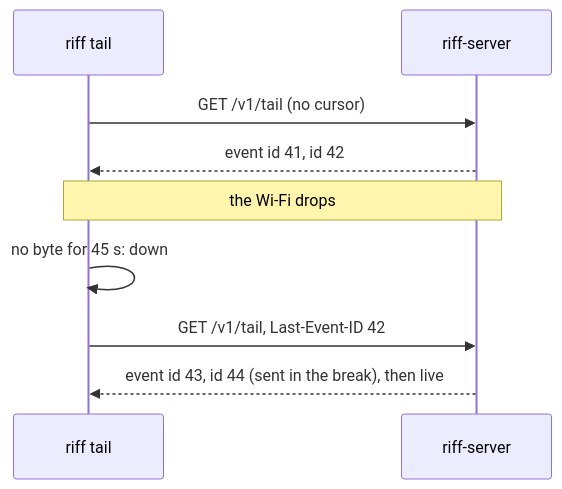
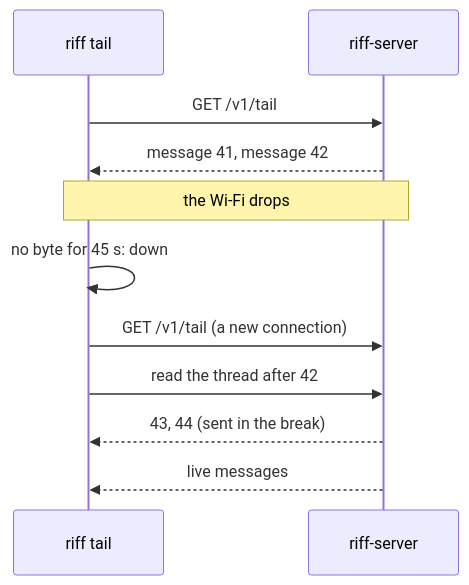
One commit to como-technologies/riff changed the fourth of 5 diagrams in docs/src/design-link.md. Above: the diagram before and after it, drawn with Mermaid. The commit also changed other lines of this file and 1 other file, not shown here.

Commit message:
WIP: the link design after the reviews

````diff
--- a/docs/src/design-link.md
+++ b/docs/src/design-link.md
@@ -262,11 +264,13 @@
 ```mermaid
 sequenceDiagram
     participant T as riff tail
     participant S as riff-server
-    T->>S: GET /v1/tail (no cursor)
-    S-->>T: event id 41, id 42
+    T->>S: GET /v1/tail
+    S-->>T: message 41, message 42
     Note over T,S: the Wi-Fi drops
     T->>T: no byte for 45 s: down
-    T->>S: GET /v1/tail, Last-Event-ID 42
-    S-->>T: event id 43, id 44 (sent in the break), then live
+    T->>S: GET /v1/tail (a new connection)
+    T->>S: read the thread after 42
+    S-->>T: 43, 44 (sent in the break)
+    S-->>T: live messages
 ```
````
